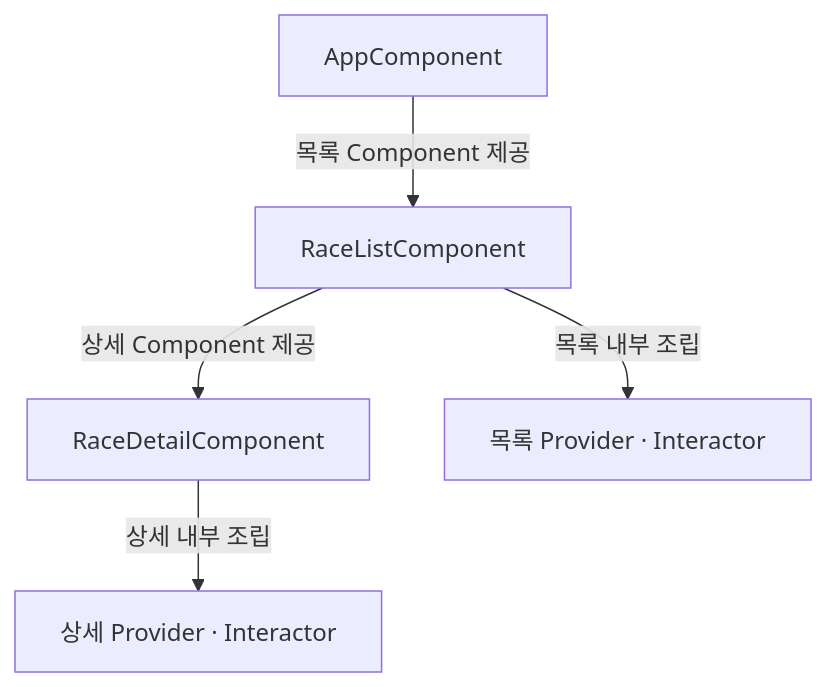
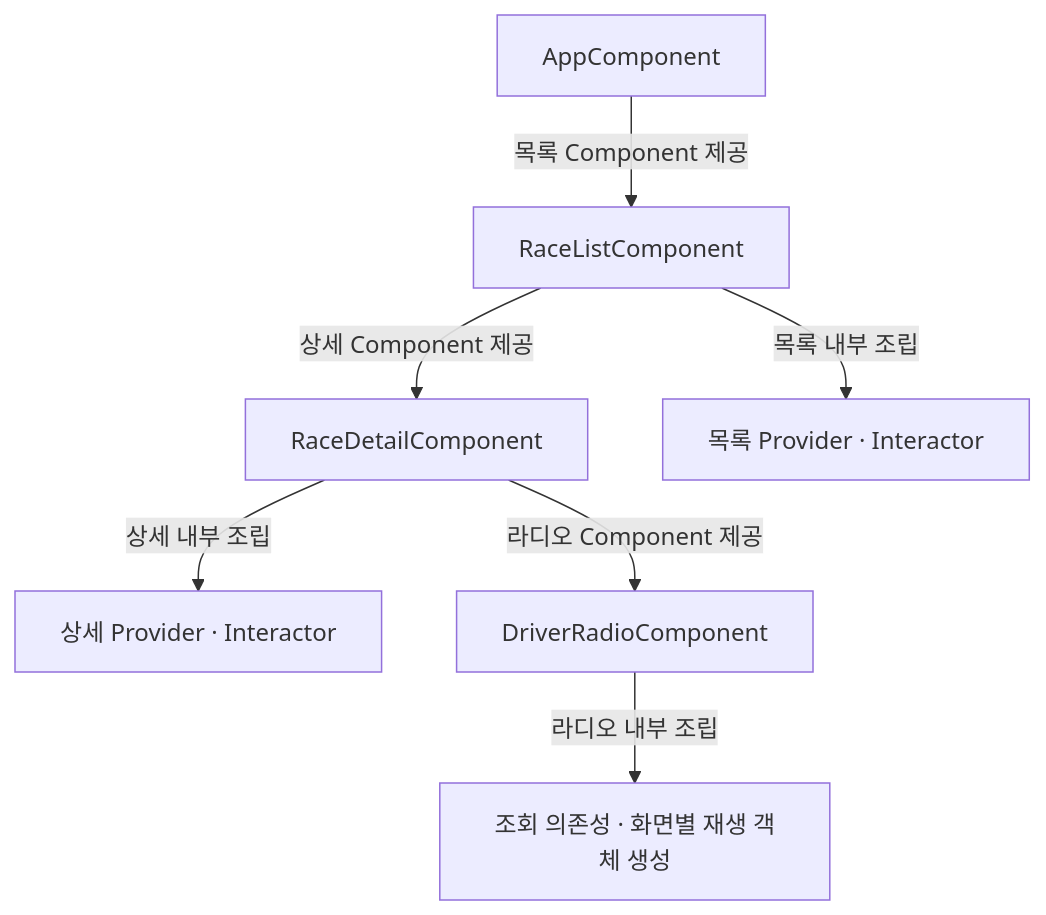
Before and after one commit to gen-com/RadioLap: the third of 4 diagrams in docs/ARCHITECTURE.md, drawn with Mermaid. The commit also changed other lines of this file and 18 other files, not shown here.

````diff
--- a/docs/ARCHITECTURE.md
+++ b/docs/ARCHITECTURE.md
@@ -90,7 +90,9 @@
 ```mermaid
 flowchart TD
     App["AppComponent"] -->|목록 Component 제공| List["RaceListComponent"]
     List -->|상세 Component 제공| Detail["RaceDetailComponent"]
     List -->|목록 내부 조립| ListDependencies["목록 Provider · Interactor"]
     Detail -->|상세 내부 조립| DetailDependencies["상세 Provider · Interactor"]
+    Detail -->|라디오 Component 제공| Radio["DriverRadioComponent"]
+    Radio -->|라디오 내부 조립| RadioDependencies["조회 의존성 · 화면별 재생 객체 생성"]
 ```
````
